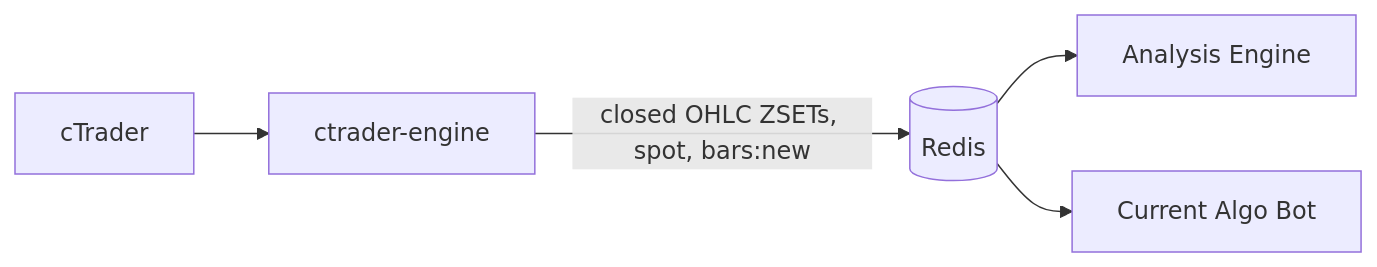
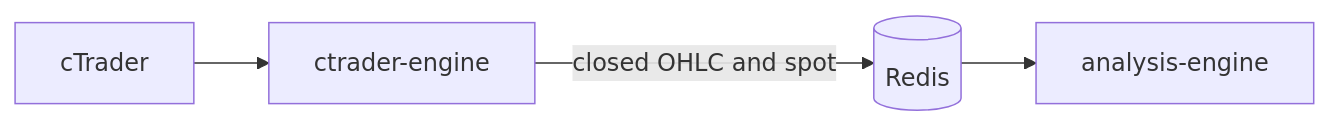
The first of 2 diagrams in docs/architecture/event-flow.md (st-mich43l/apexvoid-trading-bot), drawn with Mermaid before and after one commit. The commit also changed other lines of this file and 271 other files, not shown here.

````diff
--- a/docs/architecture/event-flow.md
+++ b/docs/architecture/event-flow.md
@@ -5,7 +5,6 @@
 ```mermaid
 flowchart LR
-    CT[cTrader] --> CE[ctrader-engine]
-    CE -->|closed OHLC ZSETs, spot, bars:new| R[(Redis)]
-    R --> AE[Analysis Engine]
-    R --> AB[Current Algo Bot]
+  CT[cTrader] --> CE[ctrader-engine]
+  CE -->|closed OHLC and spot| R[(Redis)]
+  R --> AE[analysis-engine]
 ```
````
